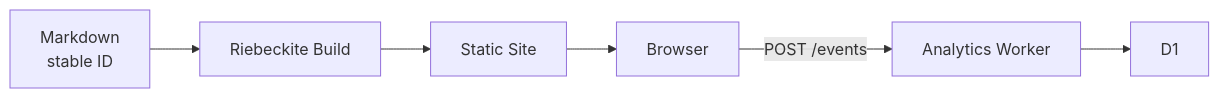
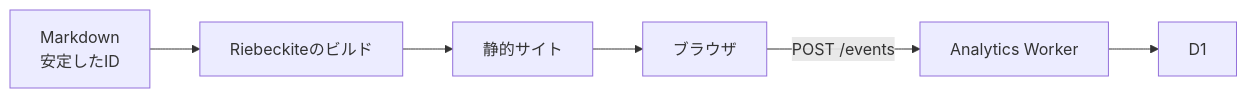
Before and after one commit to Rerurate514/riebeckite: the fourth of 5 diagrams in docs/docs/guides/analytics.ja.md, drawn with Mermaid. The commit also changed other lines of this file and 310 other files, not shown here.

````diff
--- a/docs/docs/guides/analytics.ja.md
+++ b/docs/docs/guides/analytics.ja.md
@@ -771,15 +488,15 @@
 ```mermaid id="l4oz7c"
 flowchart LR
-    Content["Markdown<br/>stable ID"]
-    Build["Riebeckite Build"]
-    Site["Static Site"]
-    Browser["Browser"]
+    Content["Markdown<br/>安定したID"]
+    Build["Riebeckiteのビルド"]
+    Site["静的サイト"]
+    Browser["ブラウザ"]
     Worker["Analytics Worker"]
     D1["D1"]
 
     Content --> Build
     Build --> Site
     Site --> Browser
     Browser -->|"POST /events"| Worker
     Worker --> D1
 ```
````
